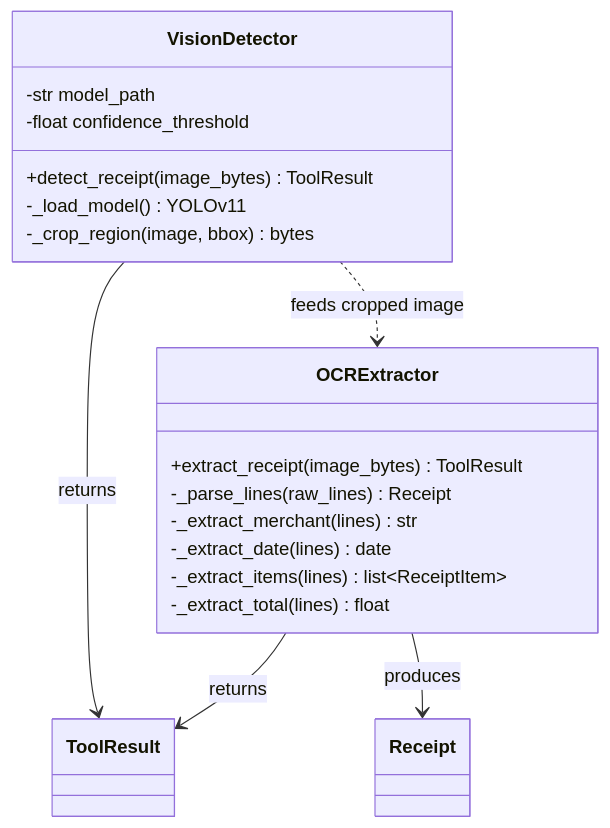
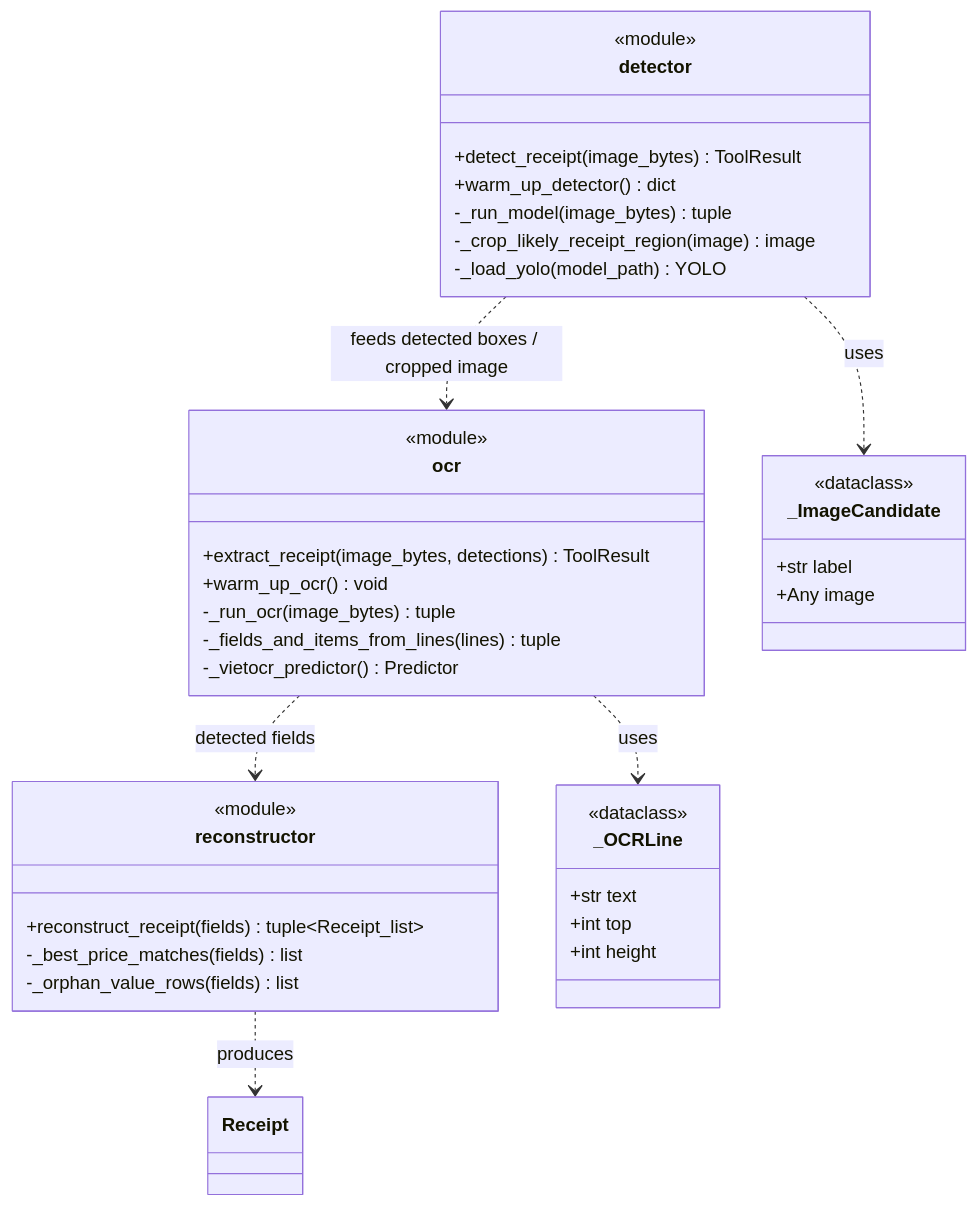
The fifth of 14 diagrams in docs/SAD.md (quanpro147/Spend-Sense-AI), drawn with Mermaid before and after one commit. The commit also changed other lines of this file, not shown here.

````diff
--- a/docs/SAD.md
+++ b/docs/SAD.md
@@ -518,24 +577,45 @@
 ```mermaid
 classDiagram
-    class VisionDetector {
-        -str model_path
-        -float confidence_threshold
+    class detector {
+        <<module>>
         +detect_receipt(image_bytes) ToolResult
-        -_load_model() YOLOv11
-        -_crop_region(image, bbox) bytes
+        +warm_up_detector() dict
+        -_run_model(image_bytes) tuple
+        -_crop_likely_receipt_region(image) image
+        -_load_yolo(model_path) YOLO
     }
 
-    class OCRExtractor {
-        +extract_receipt(image_bytes) ToolResult
-        -_parse_lines(raw_lines) Receipt
-        -_extract_merchant(lines) str
-        -_extract_date(lines) date
-        -_extract_items(lines) list~ReceiptItem~
-        -_extract_total(lines) float
+    class ocr {
+        <<module>>
+        +extract_receipt(image_bytes, detections) ToolResult
+        +warm_up_ocr() void
+        -_run_ocr(image_bytes) tuple
+        -_fields_and_items_from_lines(lines) tuple
+        -_vietocr_predictor() Predictor
     }
 
-    VisionDetector --> ToolResult : returns
-    OCRExtractor --> ToolResult : returns
-    OCRExtractor --> Receipt : produces
-    VisionDetector ..> OCRExtractor : feeds cropped image
+    class reconstructor {
+        <<module>>
+        +reconstruct_receipt(fields) tuple~Receipt_list~
+        -_best_price_matches(fields) list
+        -_orphan_value_rows(fields) list
+    }
+
+    class _ImageCandidate {
+        <<dataclass>>
+        +str label
+        +Any image
+    }
+    class _OCRLine {
+        <<dataclass>>
+        +str text
+        +int top
+        +int height
+    }
+
+    detector ..> _ImageCandidate : uses
+    ocr ..> _OCRLine : uses
+    detector ..> ocr : feeds detected boxes / cropped image
+    ocr ..> reconstructor : detected fields
+    reconstructor ..> Receipt : produces
 ```
````
